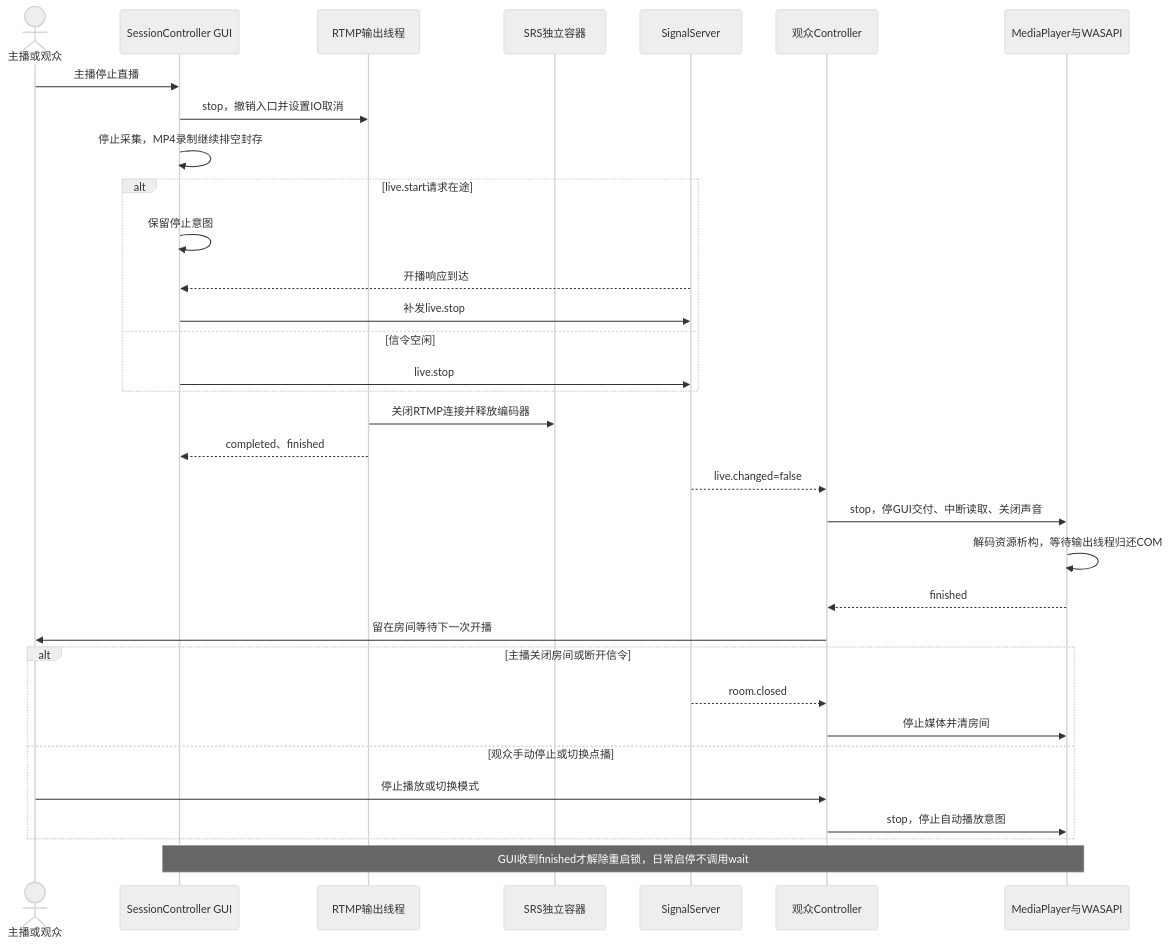
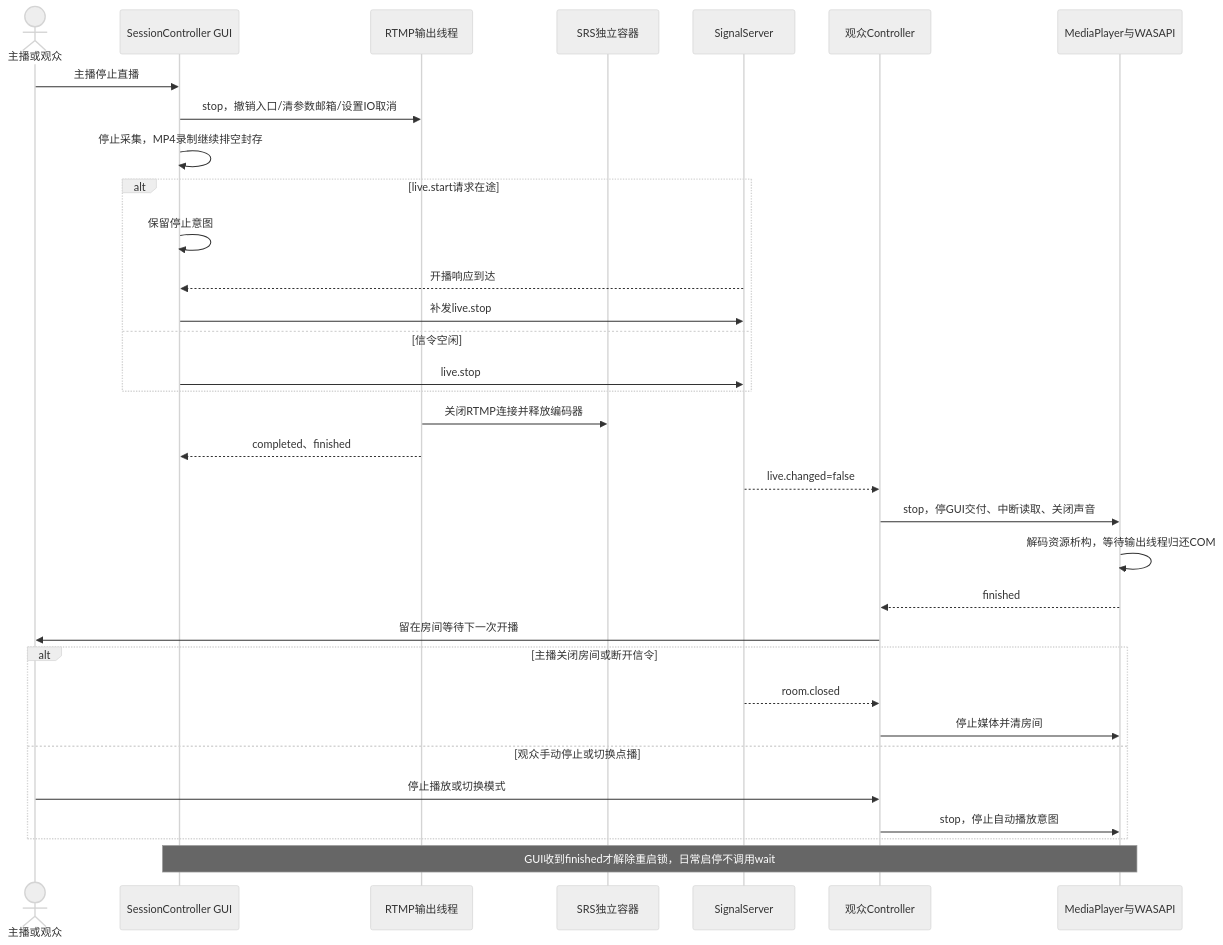
One commit to kingsman-svg/OBS changed the diagram in docs/uml/live-stop.mmd. Above: the diagram before and after it, drawn with Mermaid (neutral theme). The commit also changed 28 other files, not shown here.

```diff
--- a/docs/uml/live-stop.mmd
+++ b/docs/uml/live-stop.mmd
@@ -1,33 +1,33 @@
 sequenceDiagram
 actor U as 主播或观众
 participant C as SessionController GUI
 participant P as RTMP输出线程
 participant R as SRS独立容器
 participant S as SignalServer
 participant V as 观众Controller
 participant D as MediaPlayer与WASAPI
 U->>C: 主播停止直播
-C->>P: stop，撤销入口并设置IO取消
+C->>P: stop，撤销入口/清参数邮箱/设置IO取消
 C->>C: 停止采集，MP4录制继续排空封存
 alt live.start请求在途
 C->>C: 保留停止意图
 S-->>C: 开播响应到达
 C->>S: 补发live.stop
 else 信令空闲
 C->>S: live.stop
 end
 P->>R: 关闭RTMP连接并释放编码器
 P-->>C: completed、finished
 S-->>V: live.changed=false
 V->>D: stop，停GUI交付、中断读取、关闭声音
 D->>D: 解码资源析构，等待输出线程归还COM
 D-->>V: finished
 V->>U: 留在房间等待下一次开播
 alt 主播关闭房间或断开信令
 S-->>V: room.closed
 V->>D: 停止媒体并清房间
 else 观众手动停止或切换点播
 U->>V: 停止播放或切换模式
 V->>D: stop，停止自动播放意图
 end
 Note over C,D: GUI收到finished才解除重启锁，日常启停不调用wait
```
